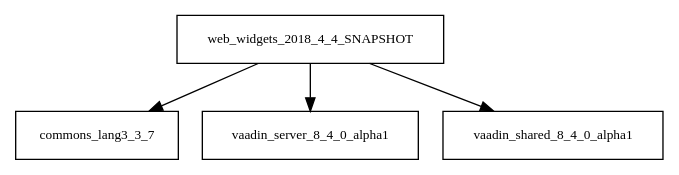
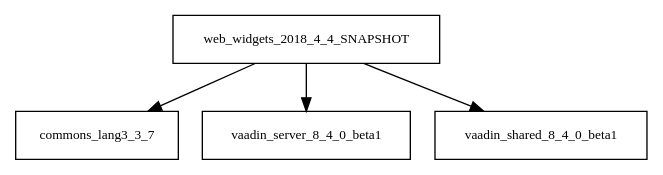
Before and after one commit to sjvs/cia: the diagram in tattleTaleReport/graphviz/web-widgets-2018.4.4-SNAPSHOT.jar/web-widgets-2018.4.4-SNAPSHOT.jar.dot, drawn with Graphviz. The commit also changed 1978 other files, not shown here.

```diff
--- a/tattleTaleReport/graphviz/web-widgets-2018.4.4-SNAPSHOT.jar/web-widgets-2018.4.4-SNAPSHOT.jar.dot
+++ b/tattleTaleReport/graphviz/web-widgets-2018.4.4-SNAPSHOT.jar/web-widgets-2018.4.4-SNAPSHOT.jar.dot
@@ -1,6 +1,6 @@
 digraph web_widgets_2018_4_4_SNAPSHOT_dependencies {
   node [shape = box, fontsize=10.0];
   web_widgets_2018_4_4_SNAPSHOT -> commons_lang3_3_7;
-  web_widgets_2018_4_4_SNAPSHOT -> vaadin_server_8_4_0_alpha1;
-  web_widgets_2018_4_4_SNAPSHOT -> vaadin_shared_8_4_0_alpha1;
+  web_widgets_2018_4_4_SNAPSHOT -> vaadin_server_8_4_0_beta1;
+  web_widgets_2018_4_4_SNAPSHOT -> vaadin_shared_8_4_0_beta1;
 }
```
